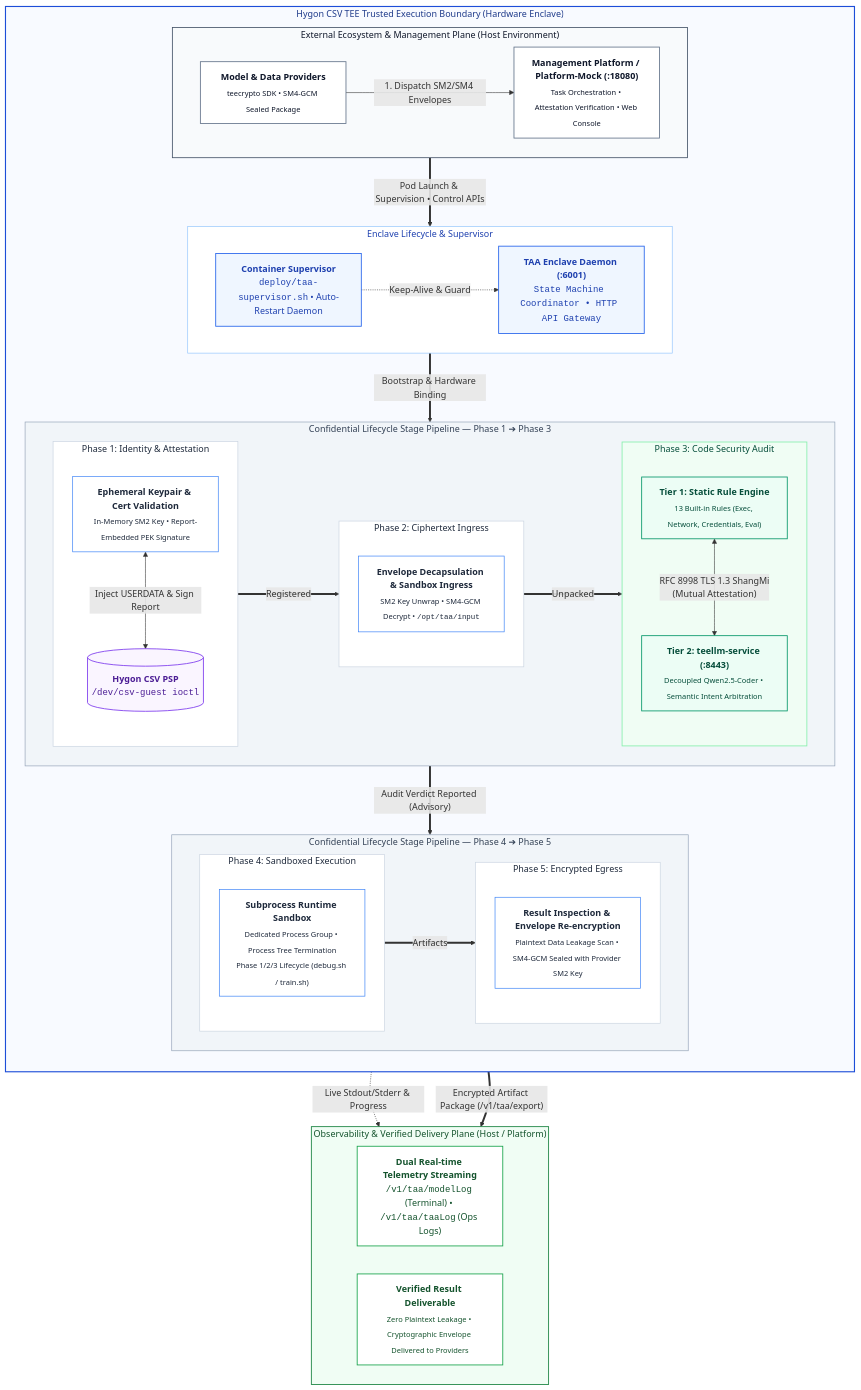
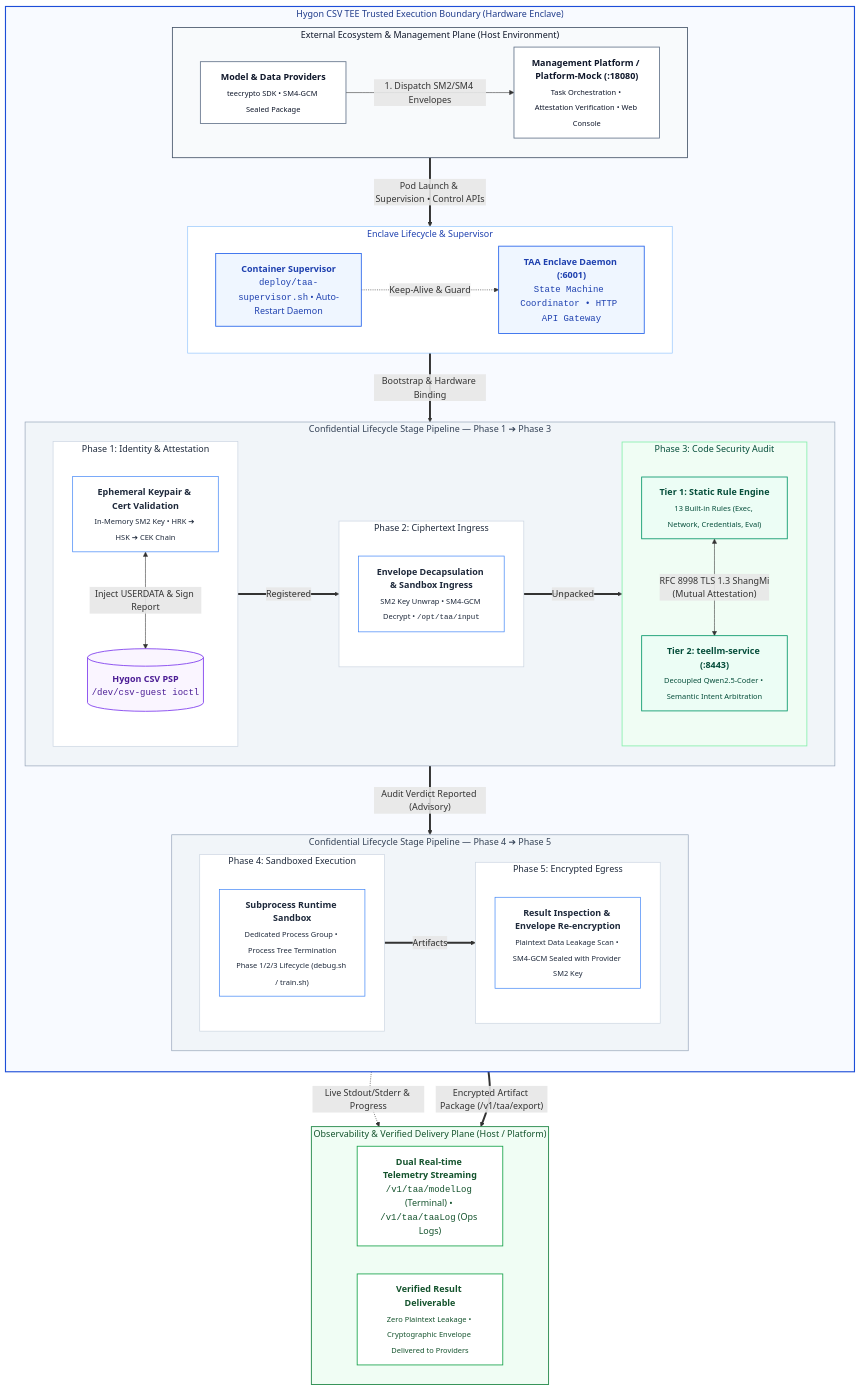
Before and after one commit to CipherSlinger/taa: the diagram in README.md, drawn with Mermaid. The commit also changed other lines of this file, not shown here.

Commit message:
docs(readme): keep the certificate-chain wording out of the Pod-creation commit
The two attestation paragraphs were uncommitted work in progress when the
Pod-creation commit was made, so they do not belong to it. The text is
restored to the previous wording here; the newer wording goes back to the
working tree, where its own change can pick it up.

```diff
--- a/README.md
+++ b/README.md
@@ -49,7 +49,7 @@
             direction LR
             subgraph Stage1["Phase 1: Identity & Attestation"]
                 direction TB
-                S1["<b>Ephemeral Keypair & Cert Validation</b><br/><sub>In-Memory SM2 Key • Report-Embedded PEK Signature</sub>"]
+                S1["<b>Ephemeral Keypair & Cert Validation</b><br/><sub>In-Memory SM2 Key • HRK ➔ HSK ➔ CEK Chain</sub>"]
                 CSVDriver[("<b>Hygon CSV PSP</b><br/><code>/dev/csv-guest ioctl</code>")]
                 S1 <-->|"Inject USERDATA & Sign Report"| CSVDriver
             end
```
